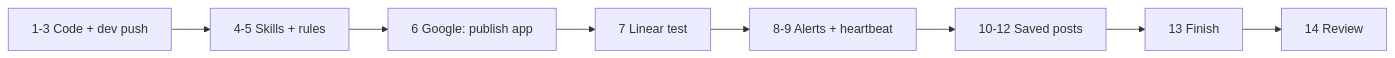
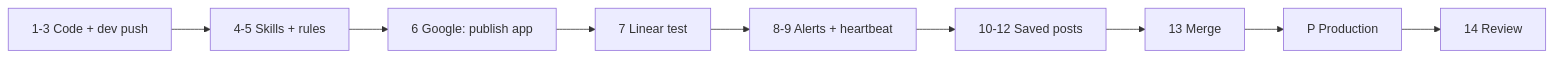
One commit to thekiwidev/pa changed the first of 2 diagrams in docs/RUNBOOK-cleanup.md. Above: the diagram before and after it, drawn with Mermaid. The commit also changed other lines of this file, not shown here.

First line of the commit message:
docs(runbook): production section following the Day 0 dev/prod setup

````diff
--- a/docs/RUNBOOK-cleanup.md
+++ b/docs/RUNBOOK-cleanup.md
@@ -16,10 +16,11 @@
 ```mermaid
 flowchart LR
   A[1-3 Code + dev push] --> B[4-5 Skills + rules]
   B --> C[6 Google: publish app]
   C --> D[7 Linear test]
   D --> E[8-9 Alerts + heartbeat]
   E --> F[10-12 Saved posts]
-  F --> G[13 Finish]
-  G --> H[14 Review]
+  F --> G[13 Merge]
+  G --> P[P Production]
+  P --> H[14 Review]
 ```
````
